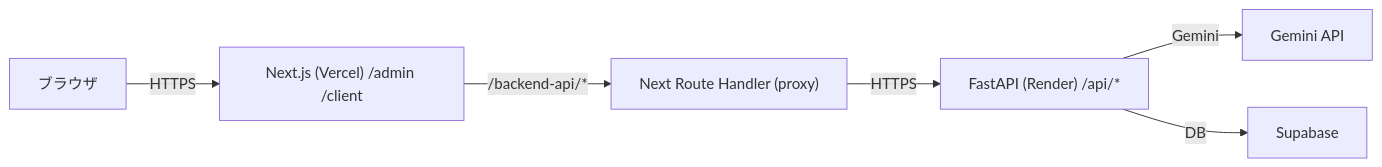
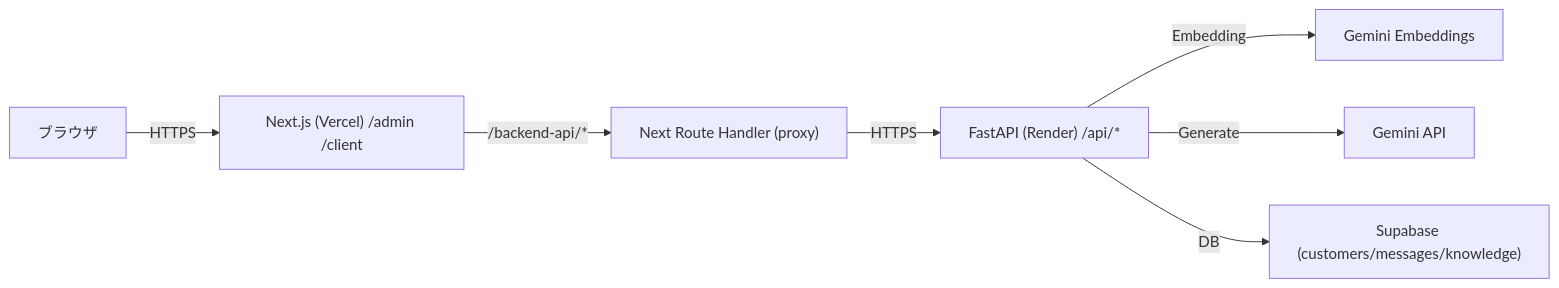
The diagram in _docs/アプリケーション全体像.md (Uzy03/Hackathon_2026-3-7), drawn with Mermaid before and after one commit. The commit also changed other lines of this file and 4 other files, not shown here.

````diff
--- a/_docs/アプリケーション全体像.md
+++ b/_docs/アプリケーション全体像.md
@@ -51,8 +52,9 @@
 ```mermaid
 flowchart LR
   Browser["ブラウザ"] -->|HTTPS| FE["Next.js (Vercel) /admin /client"]
   FE -->|/backend-api/*| Proxy["Next Route Handler (proxy)"]
   Proxy -->|HTTPS| API["FastAPI (Render) /api/*"]
-  API -->|Gemini| GM["Gemini API"]
-  API -->|DB| DB["Supabase"]
+  API -->|Embedding| GMEmb["Gemini Embeddings"]
+  API -->|Generate| GM["Gemini API"]
+  API -->|DB| DB["Supabase (customers/messages/knowledge)"]
 ```
````
